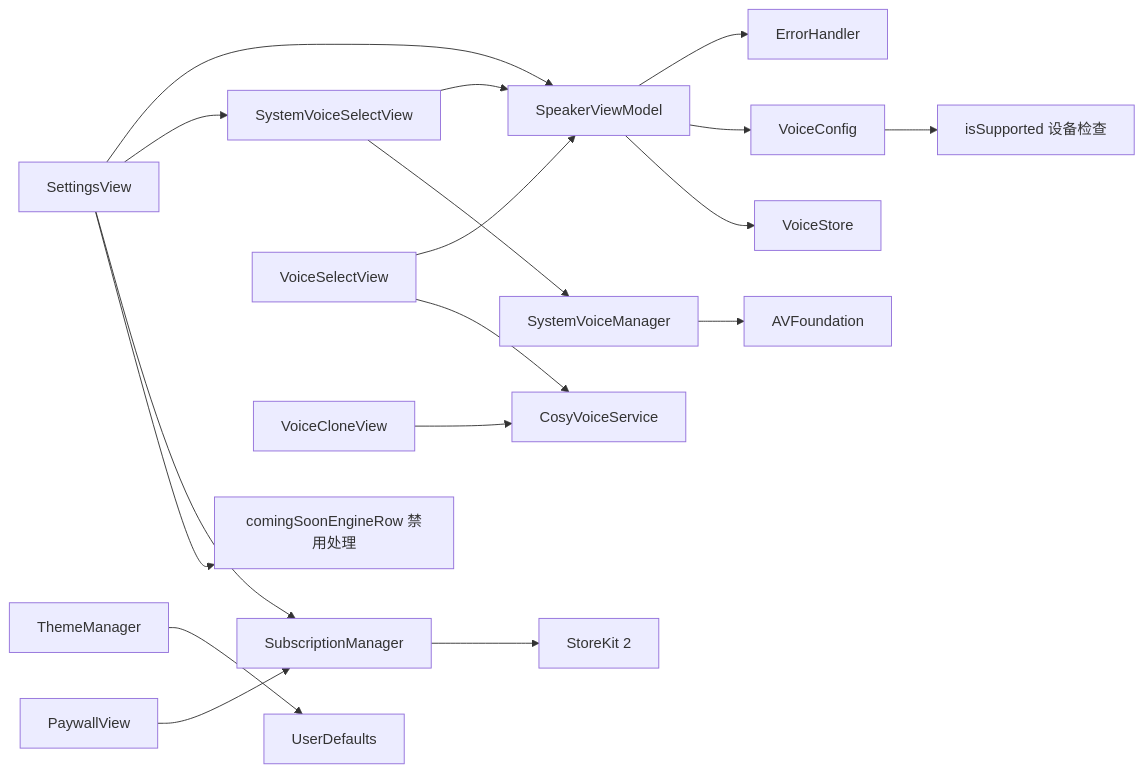
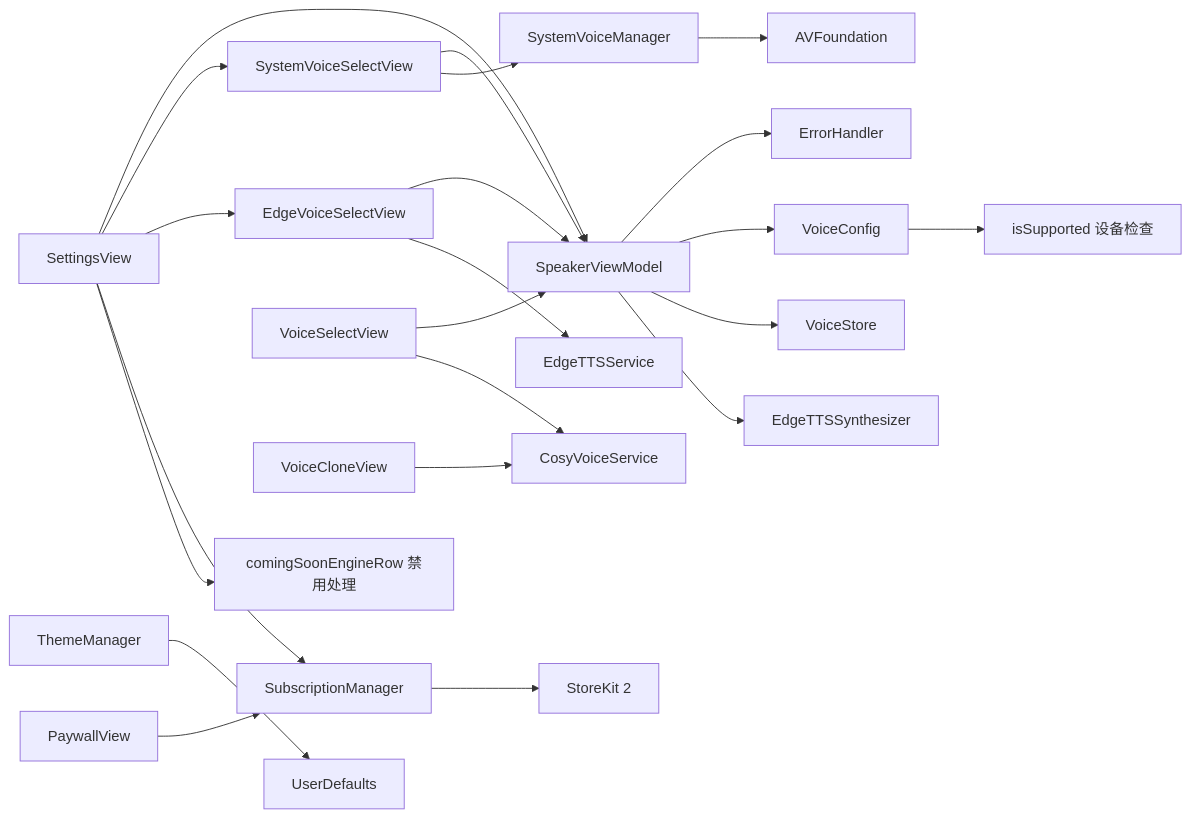
One commit to Primoguo/VoiceReader changed diagram 13 of 13 in .qoder/repowiki/zh/content/用户界面设计/设置界面/设置界面.md. Above: the diagram before and after it, drawn with Mermaid. The commit also changed other lines of this file and 29 other files, not shown here.

````diff
--- a/.qoder/repowiki/zh/content/用户界面设计/设置界面/设置界面.md
+++ b/.qoder/repowiki/zh/content/用户界面设计/设置界面/设置界面.md
@@ -548,20 +733,24 @@
 ```mermaid
 graph LR
 SV["SettingsView"] --> SVM["SpeakerViewModel"]
 SV --> SYSVS["SystemVoiceSelectView"]
+SV --> EVSV["EdgeVoiceSelectView"]
 SV --> SM["SubscriptionManager"]
 PV["PaywallView"] --> SM
 VSV["VoiceSelectView"] --> SVM
 VSV --> CVS["CosyVoiceService"]
 VCV["VoiceCloneView"] --> CVS
 SYSVS --> SVM
 SYSVS --> SYSVM["SystemVoiceManager"]
+EVSV --> SVM
+EVSV --> ETS["EdgeTTSService"]
 SVM --> EH["ErrorHandler"]
 SVM --> VC["VoiceConfig"]
 SVM --> VS["VoiceStore"]
+SVM --> ETSS["EdgeTTSSynthesizer"]
 TM["ThemeManager"] --> UD["UserDefaults"]
 VC --> IS["isSupported 设备检查"]
 SYSVM --> AVF["AVFoundation"]
 SV --> CSER["comingSoonEngineRow 禁用处理"]
 SM --> SK["StoreKit 2"]
 ```
````
